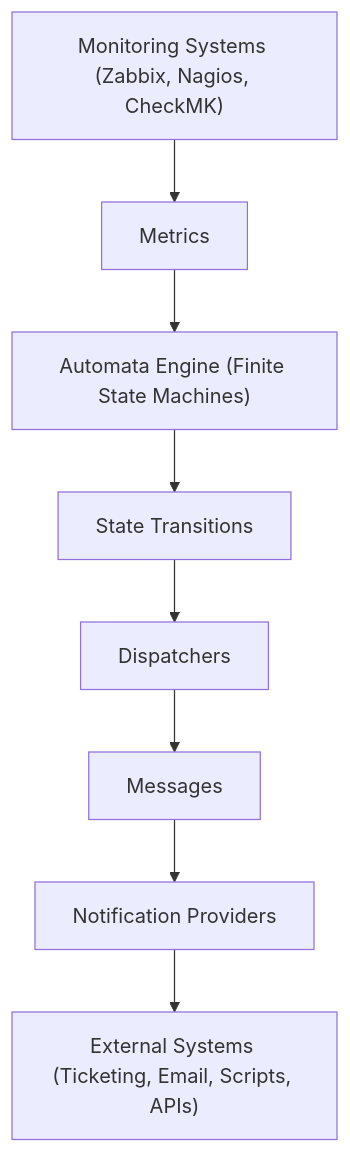
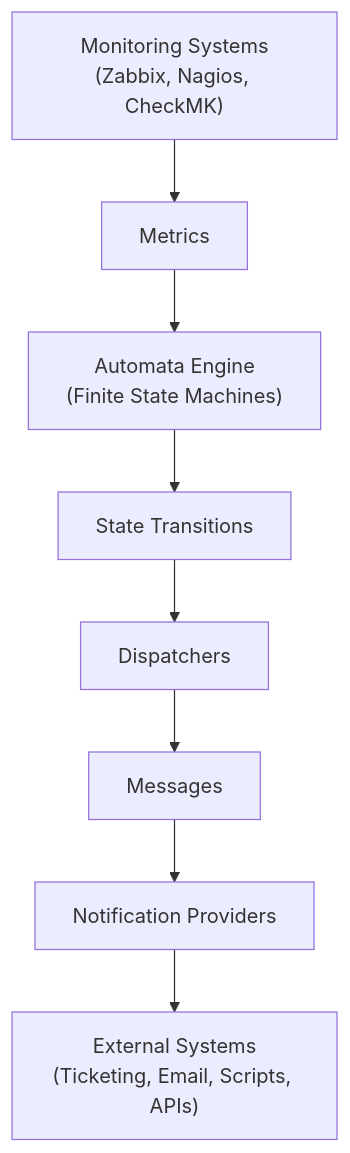
The second of 5 diagrams in docs/system_overview.md (xautomata/User-Interface-Manual), drawn with Mermaid before and after one commit. The commit also changed other lines of this file and 9 other files, not shown here.

````diff
--- a/docs/system_overview.md
+++ b/docs/system_overview.md
@@ -81,20 +81,20 @@
 ```mermaid
 flowchart TD
 
-MS["Monitoring Systems (Zabbix, Nagios, CheckMK)"]
+MS["Monitoring Systems<br>(Zabbix, Nagios, CheckMK)"]
 M["Metrics"]
-AE["Automata Engine (Finite State Machines)"]
+AE["Automata Engine<br>(Finite State Machines)"]
 ST["State Transitions"]
 D["Dispatchers"]
 MSG["Messages"]
 NP["Notification Providers"]
-EXT["External Systems (Ticketing, Email, Scripts, APIs)"]
+EXT["External Systems<br>(Ticketing, Email, Scripts, APIs)"]
 
 MS --> M
 M --> AE
 AE --> ST
 ST --> D
 D --> MSG
 MSG --> NP
 NP --> EXT
 ```
````
